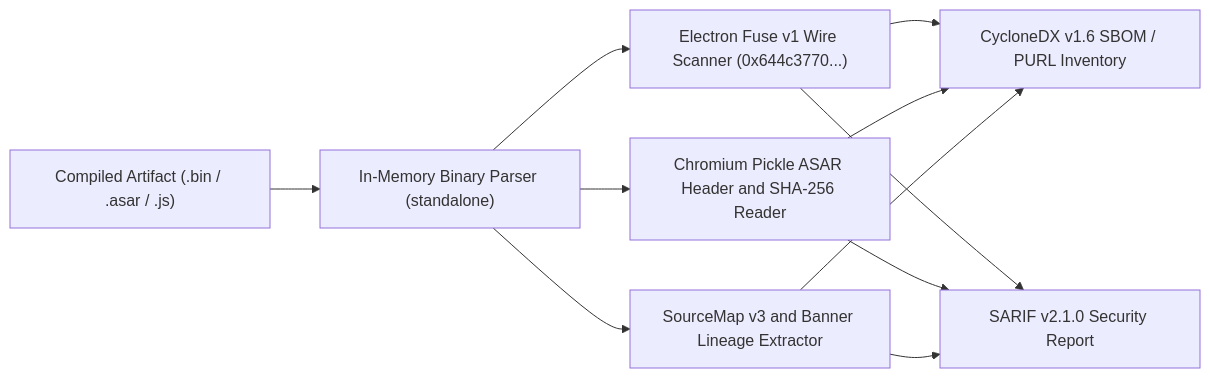
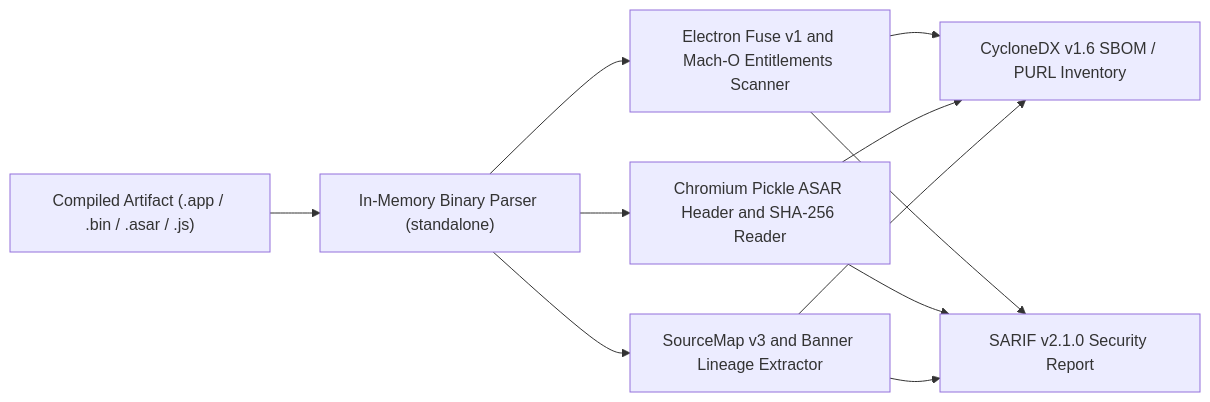
Before and after one commit to koodikiht/bundle-provenance: the diagram in README.md, drawn with Mermaid. The commit also changed other lines of this file and 6 other files, not shown here.

````diff
--- a/README.md
+++ b/README.md
@@ -30,13 +30,13 @@
 ```mermaid
 flowchart LR
-  A["Compiled Artifact (.bin / .asar / .js)"] --> B["In-Memory Binary Parser (standalone)"]
-  B --> C["Electron Fuse v1 Wire Scanner (0x644c3770...)"]
+  A["Compiled Artifact (.app / .bin / .asar / .js)"] --> B["In-Memory Binary Parser (standalone)"]
+  B --> C["Electron Fuse v1 and Mach-O Entitlements Scanner"]
   B --> D["Chromium Pickle ASAR Header and SHA-256 Reader"]
   B --> E["SourceMap v3 and Banner Lineage Extractor"]
   C --> F["CycloneDX v1.6 SBOM / PURL Inventory"]
   D --> F
   E --> F
   C --> G["SARIF v2.1.0 Security Report"]
   D --> G
   E --> G
 ```
````
